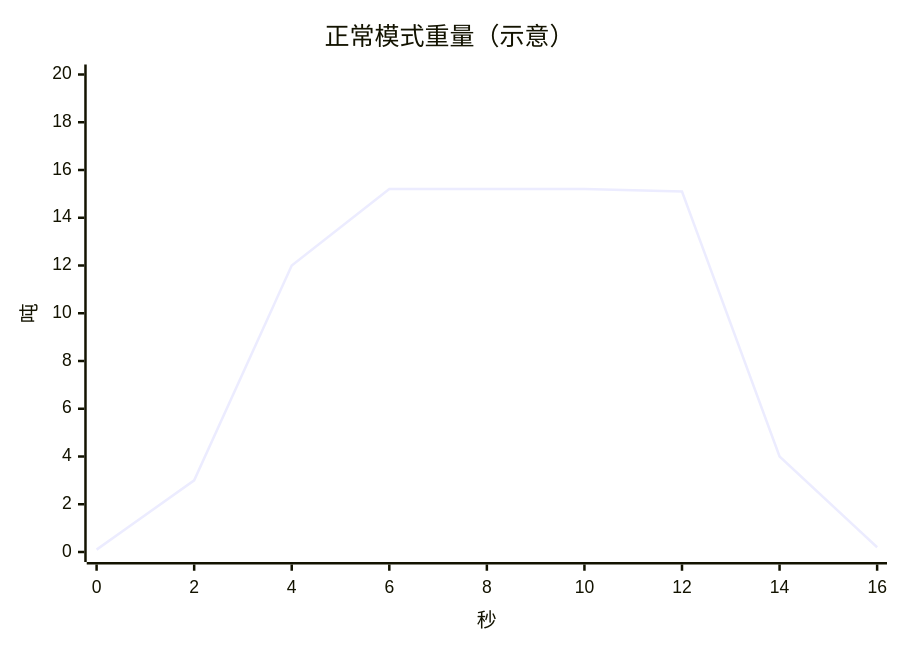
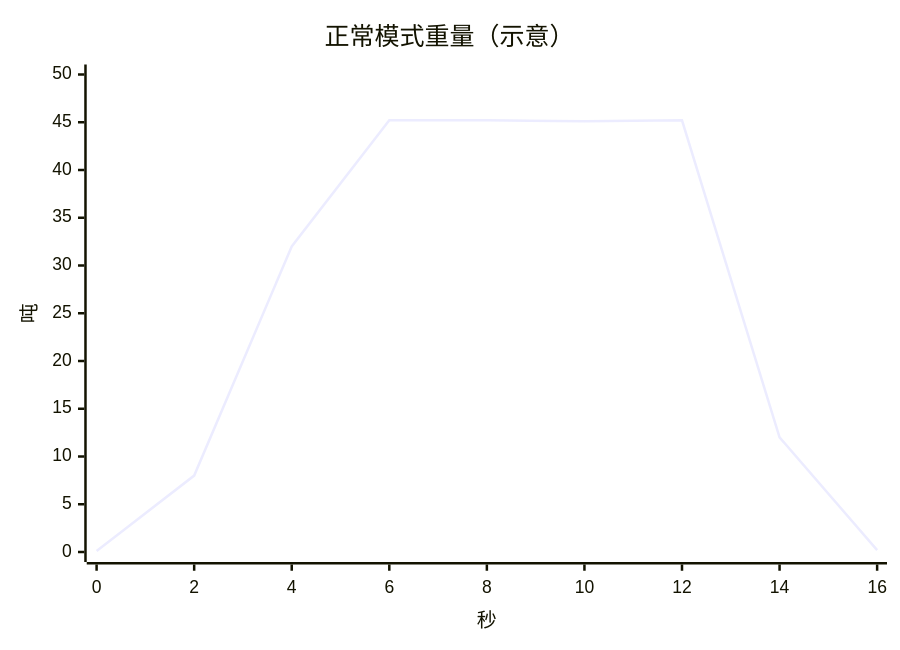
The second of 5 diagrams in docs/2026-11-10-urban-busy-weighing-upload-on-stable/03-模式时序与图表.md (feewillowherb/MaterialMonospec), drawn with Mermaid before and after one commit. The commit also changed other lines of this file and 20 other files, not shown here.

````diff
--- a/docs/2026-11-10-urban-busy-weighing-upload-on-stable/03-模式时序与图表.md
+++ b/docs/2026-11-10-urban-busy-weighing-upload-on-stable/03-模式时序与图表.md
@@ -44,7 +46,7 @@
 ```mermaid
 xychart-beta
   title "正常模式重量（示意）"
   x-axis "秒" [0, 2, 4, 6, 8, 10, 12, 14, 16]
-  y-axis "吨" 0 --> 20
-  line [0.1, 3.0, 12.0, 15.2, 15.2, 15.2, 15.1, 4.0, 0.2]
+  y-axis "吨" 0 --> 50
+  line [0.1, 8.0, 32.0, 45.2, 45.2, 45.1, 45.2, 12.0, 0.2]
 ```
````
